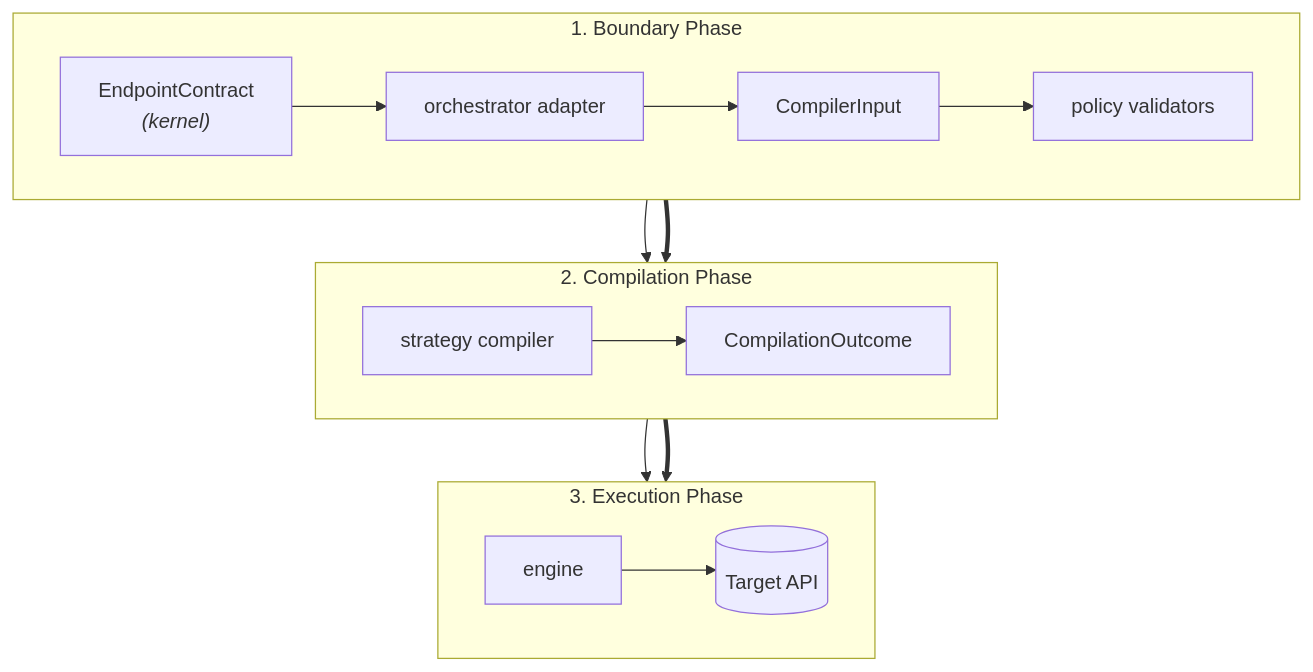
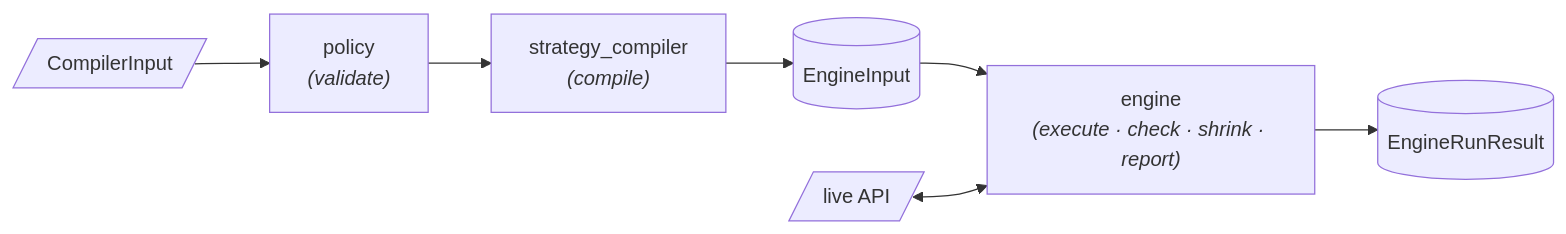
Before and after one commit to Spec-Forge-Testing/specforge-docs: the diagram in docs/modules/custom-schemathesis/index.md, drawn with Mermaid. The commit also changed other lines of this file and 20 other files, not shown here.

Commit message:
docs(custom-schemathesis): recreate the engine section from the rebuilt engine

````diff
--- a/docs/modules/custom-schemathesis/index.md
+++ b/docs/modules/custom-schemathesis/index.md
@@ -18,24 +20,9 @@
 ```mermaid
-flowchart TD
-    subgraph Boundary ["1. Boundary Phase"]
-        direction LR
-        EC["EndpointContract<br/><i>(kernel)</i>"] --> AD["orchestrator adapter"]
-        AD --> CI["CompilerInput"]
-        CI --> PV["policy validators"]
-    end
-
-    subgraph Compilation ["2. Compilation Phase"]
-        direction LR
-        PV --> SC["strategy compiler"]
-        SC --> CO["CompilationOutcome"]
-    end
-
-    subgraph Execution ["3. Execution Phase"]
-        direction LR
-        CO --> E["engine"]
-        E --> API[("Target API")]
-    end
-
-    Boundary ==> Compilation
-    Compilation ==> Execution
+flowchart LR
+    A[/CompilerInput/] --> P["policy<br/><i>(validate)</i>"]
+    P --> C["strategy_compiler<br/><i>(compile)</i>"]
+    C --> B[("EngineInput")]
+    B --> E["engine<br/><i>(execute · check · shrink · report)</i>"]
+    T[/live API/] <--> E
+    E --> R[("EngineRunResult")]
 ```
````
